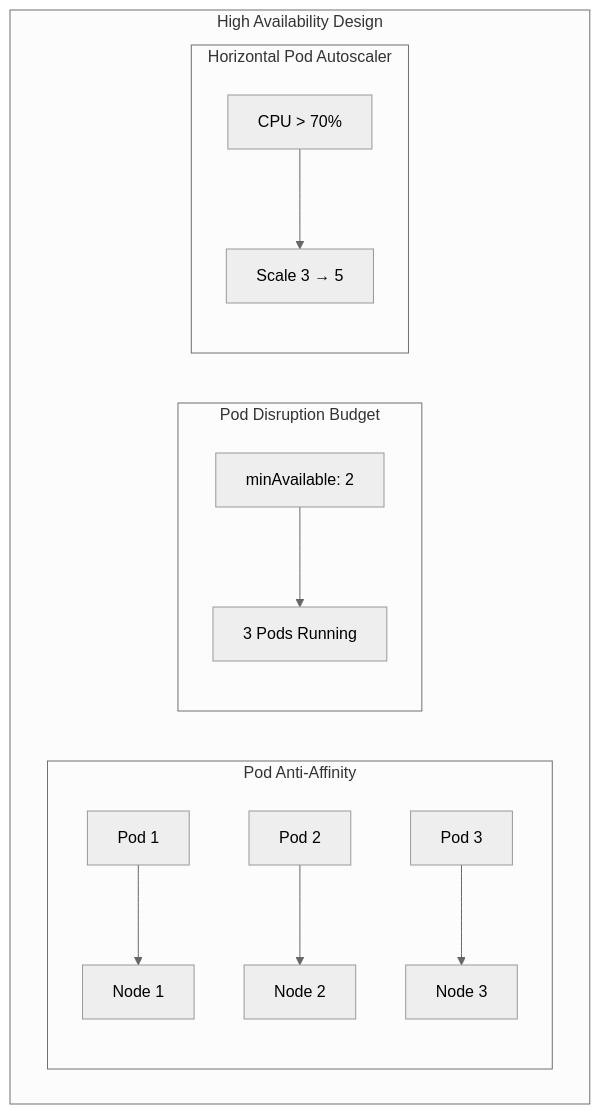
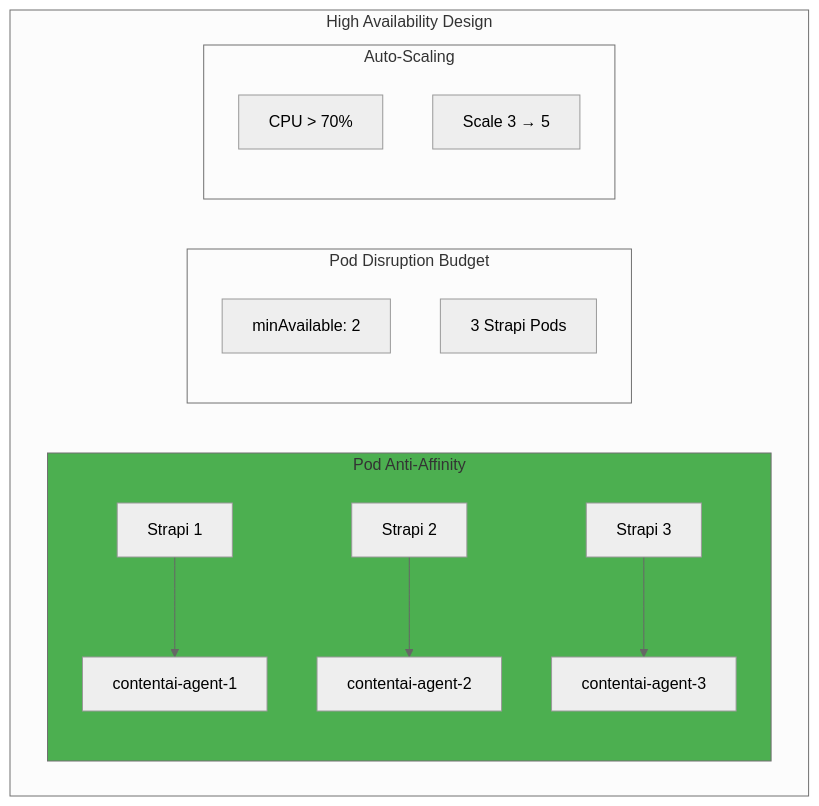
The tenth of 11 diagrams in DevOps/02-Engineering/04-Container-Orchestration.md (PearlThoughtsInternship/Internship-Obsidian-Vault), drawn with Mermaid (neutral theme) before and after one commit. The commit also changed other lines of this file and 1 other file, not shown here.

````diff
--- a/DevOps/02-Engineering/04-Container-Orchestration.md
+++ b/DevOps/02-Engineering/04-Container-Orchestration.md
@@ -487,26 +635,26 @@
 ```mermaid
 flowchart TB
     subgraph HA["High Availability Design"]
         subgraph AntiAffinity["Pod Anti-Affinity"]
-            N1["Node 1"]
-            N2["Node 2"]
-            N3["Node 3"]
+            N1["contentai-agent-1"]
+            N2["contentai-agent-2"]
+            N3["contentai-agent-3"]
 
-            P1["Pod 1"] --> N1
-            P2["Pod 2"] --> N2
-            P3["Pod 3"] --> N3
+            SP1["Strapi 1"] --> N1
+            SP2["Strapi 2"] --> N2
+            SP3["Strapi 3"] --> N3
         end
 
         subgraph PDB["Pod Disruption Budget"]
             MIN["minAvailable: 2"]
-            PODS["3 Pods Running"]
-            MIN --> PODS
+            PODS["3 Strapi Pods"]
         end
 
-        subgraph HPA["Horizontal Pod Autoscaler"]
+        subgraph HPA["Auto-Scaling"]
             METRIC["CPU > 70%"]
             SCALE["Scale 3 → 5"]
-            METRIC --> SCALE
         end
     end
+
+    style AntiAffinity fill:#4CAF50
 ```
````
